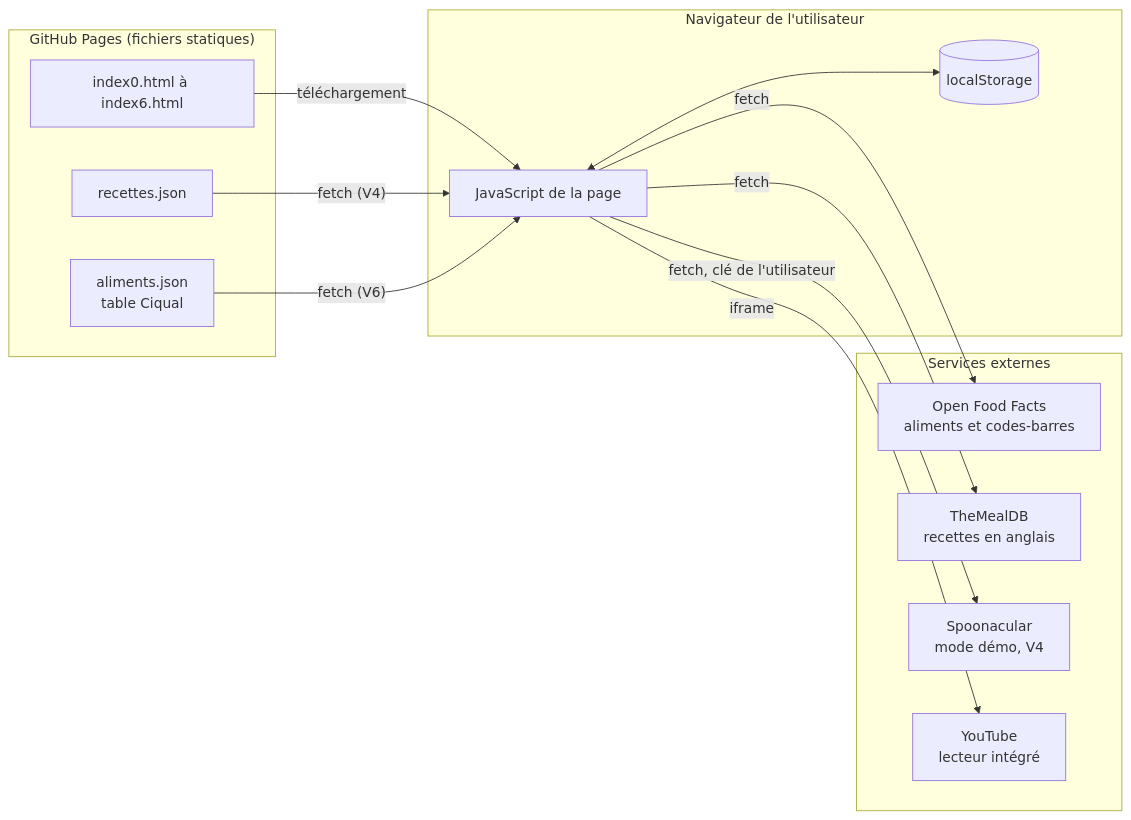
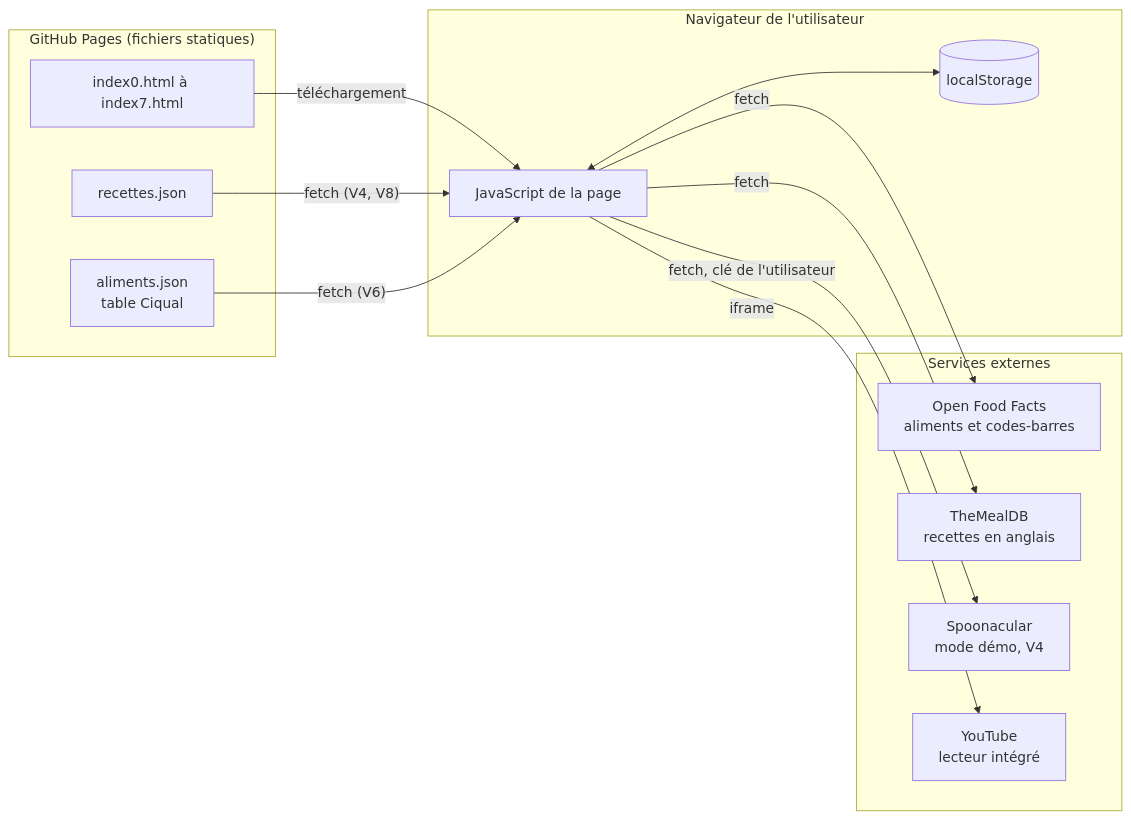
Before and after one commit to Sami-Le/generateur-de-recettes: the first of 7 diagrams in technique.md, drawn with Mermaid. The commit also changed other lines of this file and 5 other files, not shown here.

````diff
--- a/technique.md
+++ b/technique.md
@@ -9,26 +9,26 @@
 ```mermaid
 flowchart LR
     subgraph GH["GitHub Pages (fichiers statiques)"]
-        H["index0.html à index6.html"]
+        H["index0.html à index7.html"]
         R["recettes.json"]
         A["aliments.json<br/>table Ciqual"]
     end
     subgraph NAV["Navigateur de l'utilisateur"]
         JS["JavaScript de la page"]
         LS[("localStorage")]
     end
     subgraph API["Services externes"]
         OFF["Open Food Facts<br/>aliments et codes-barres"]
         MDB["TheMealDB<br/>recettes en anglais"]
         SP["Spoonacular<br/>mode démo, V4"]
         YT["YouTube<br/>lecteur intégré"]
     end
     H -->|"téléchargement"| JS
-    R -->|"fetch (V4)"| JS
+    R -->|"fetch (V4, V8)"| JS
     A -->|"fetch (V6)"| JS
     JS <--> LS
     JS -->|"fetch"| OFF
     JS -->|"fetch"| MDB
     JS -->|"fetch, clé de l'utilisateur"| SP
     JS -->|"iframe"| YT
 ```
````
